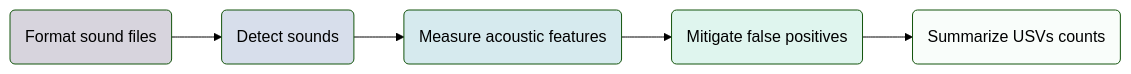
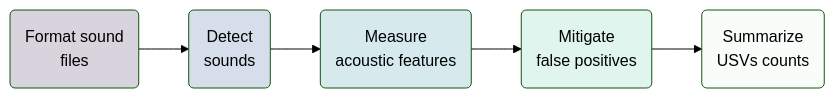
One commit to maRce10/Automatic-detection-of-rat-ultrasonic-vocalizations changed the diagram in scripts/USV_detection_example_code.qmd. Above: the diagram before and after it, drawn with Mermaid (forest theme). The commit also changed other lines of this file and 1 other file, not shown here.

Commit message:
update script

````diff
--- a/scripts/USV_detection_example_code.qmd
+++ b/scripts/USV_detection_example_code.qmd
@@ -48,15 +48,15 @@
 ```{mermaid}
 
 flowchart LR
-  A(Format sound files) --> B(Detect sounds) 
-  B --> C("Measure acoustic features")
-  C --> D(Mitigate false positives)
-  D --> E(Summarize USVs counts) 
+  A("Format sound</br>files") --> B("Detect</br>sounds") 
+  B --> C("Measure</br>acoustic features")
+  C --> D("Mitigate</br>false positives")
+  D --> E("Summarize</br>USVs counts") 
 
 style A fill:#382A5433
 style B fill:#395D9C33
 style C fill:#3497A933
 style D fill:#60CEAC33
 style E fill:#DEF5E533
 
 ```
````
